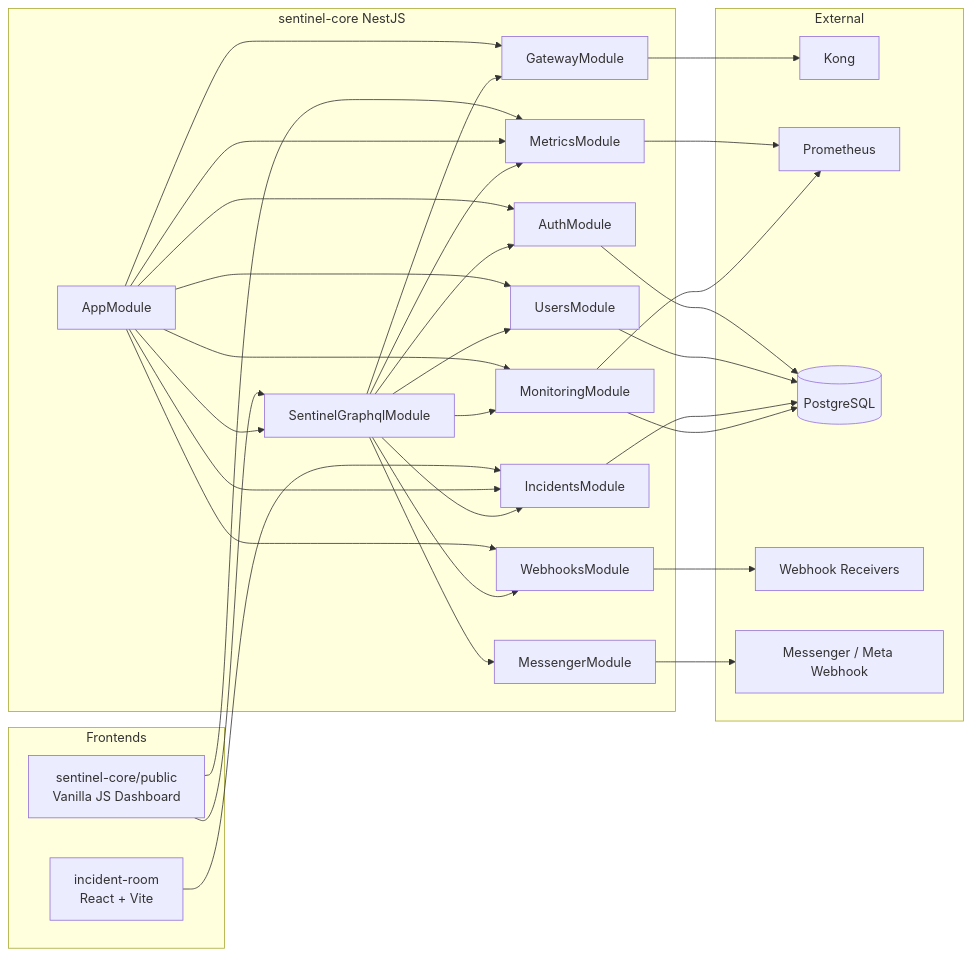
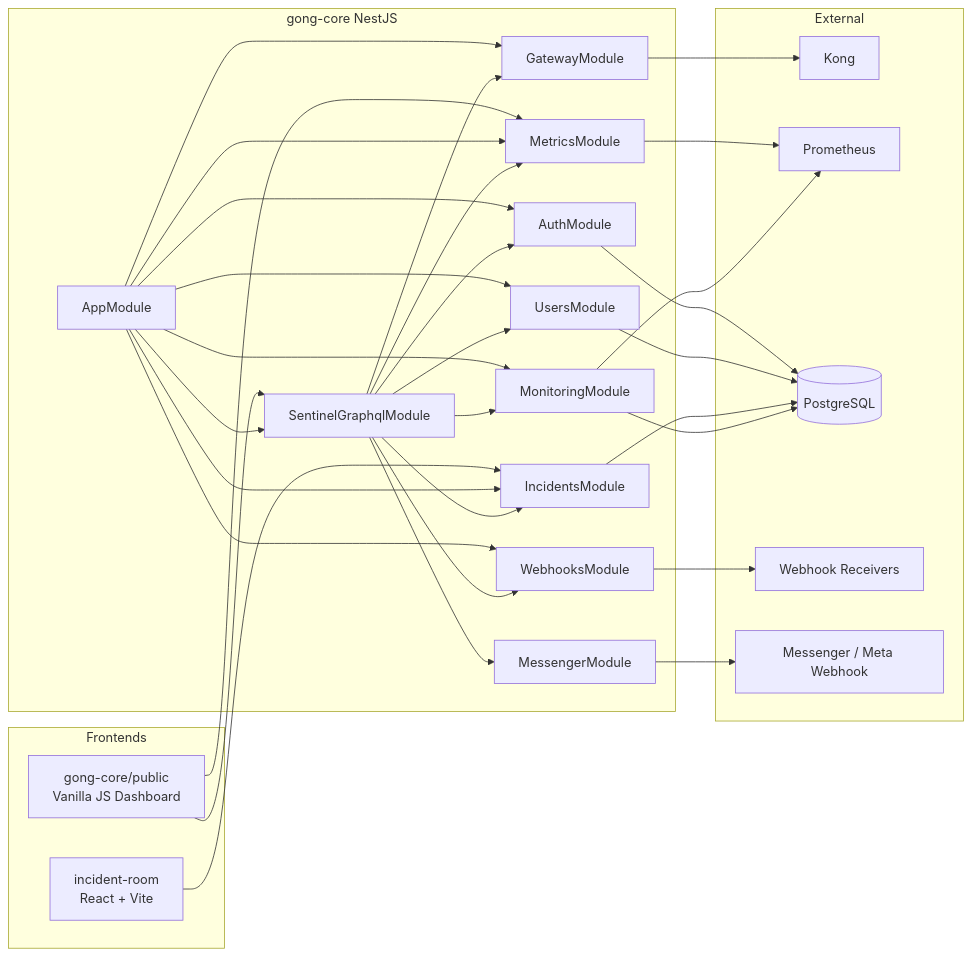
Before and after one commit to WEB-TEAM-2526-GL3/Gong-Gateway: the third of 17 diagrams in ARCHITECTUR.md, drawn with Mermaid. The commit also changed other lines of this file and 165 other files, not shown here.

````diff
--- a/ARCHITECTUR.md
+++ b/ARCHITECTUR.md
@@ -94,60 +94,60 @@
 ```mermaid
 flowchart LR
   subgraph Frontends
-    StaticDashboard["sentinel-core/public\nVanilla JS Dashboard"]
+    StaticDashboard["gong-core/public\nVanilla JS Dashboard"]
     ReactIncidentRoom["incident-room\nReact + Vite"]
   end
 
-  subgraph Backend["sentinel-core NestJS"]
+  subgraph Backend["gong-core NestJS"]
     AppModule[AppModule]
     GraphQLModule[SentinelGraphqlModule]
     AuthModule[AuthModule]
     UsersModule[UsersModule]
     GatewayModule[GatewayModule]
     IncidentsModule[IncidentsModule]
     MonitoringModule[MonitoringModule]
     MetricsModule[MetricsModule]
     WebhooksModule[WebhooksModule]
     MessengerModule[MessengerModule]
   end
 
   subgraph External
     Kong[Kong]
     Prom[Prometheus]
     DB[(PostgreSQL)]
     WebhookReceivers[Webhook Receivers]
     Meta[Messenger / Meta Webhook]
   end
 
   StaticDashboard --> GraphQLModule
   StaticDashboard --> MetricsModule
   ReactIncidentRoom --> IncidentsModule
 
   AppModule --> GraphQLModule
   AppModule --> AuthModule
   AppModule --> UsersModule
   AppModule --> GatewayModule
   AppModule --> IncidentsModule
   AppModule --> MonitoringModule
   AppModule --> MetricsModule
   AppModule --> WebhooksModule
 
   GraphQLModule --> AuthModule
   GraphQLModule --> UsersModule
   GraphQLModule --> GatewayModule
   GraphQLModule --> IncidentsModule
   GraphQLModule --> MonitoringModule
   GraphQLModule --> MetricsModule
   GraphQLModule --> WebhooksModule
   GraphQLModule --> MessengerModule
 
   GatewayModule --> Kong
   MetricsModule --> Prom
   MonitoringModule --> Prom
   AuthModule --> DB
   UsersModule --> DB
   IncidentsModule --> DB
   MonitoringModule --> DB
   WebhooksModule --> WebhookReceivers
   MessengerModule --> Meta
 ```
````
